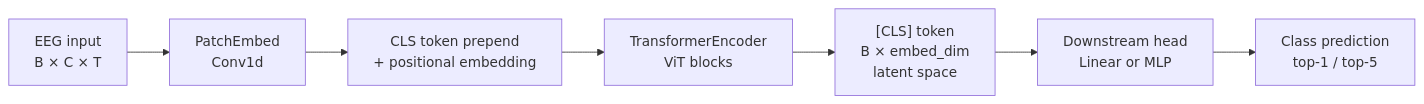
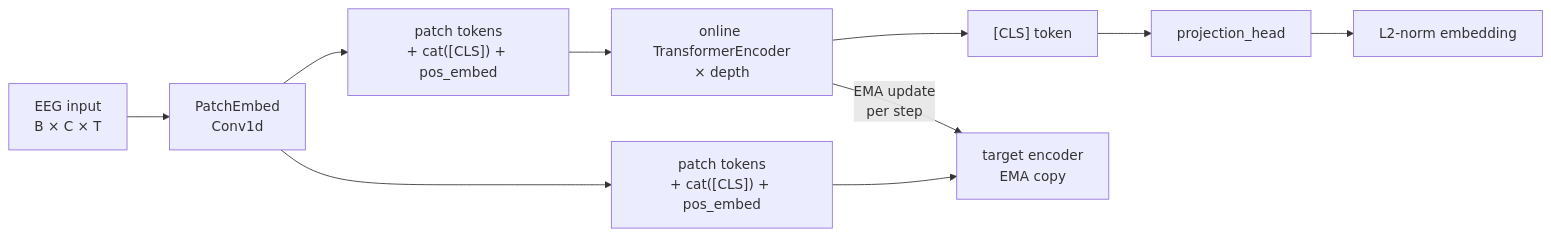
One commit to RTae/SUPA-EEG changed the second of 3 diagrams in README.md. Above: the diagram before and after it, drawn with Mermaid. The commit also changed other lines of this file and 2 other files, not shown here.

````diff
--- a/README.md
+++ b/README.md
@@ -177,9 +159,13 @@
 ```mermaid
 flowchart LR
-    A[EEG input\nB × C × T] --> B[PatchEmbed\nConv1d]
-    B --> C[CLS token prepend\n+ positional embedding]
-    C --> D[TransformerEncoder\nViT blocks]
-    D --> E["[CLS] token\nB × embed_dim\nlatent space"]
-    E --> F[Downstream head\nLinear or MLP]
-    F --> G[Class prediction\ntop-1 / top-5]
+    A["EEG input\nB × C × T"] --> B["PatchEmbed\nConv1d"]
+    B --> C["patch tokens\n+ cat([CLS]) + pos_embed"]
+    C --> D["online TransformerEncoder\n× depth"]
+    D --> E["[CLS] token"]
+    E --> F["projection_head"]
+    F --> G["L2-norm embedding"]
+
+    B --> T["patch tokens\n+ cat([CLS]) + pos_embed"]
+    T --> TE["target encoder\nEMA copy"]
+    D -->|"EMA update\nper step"| TE
 ```
````
